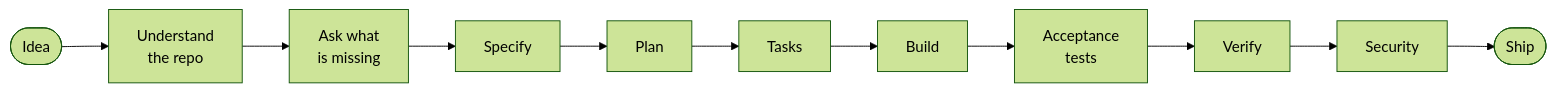
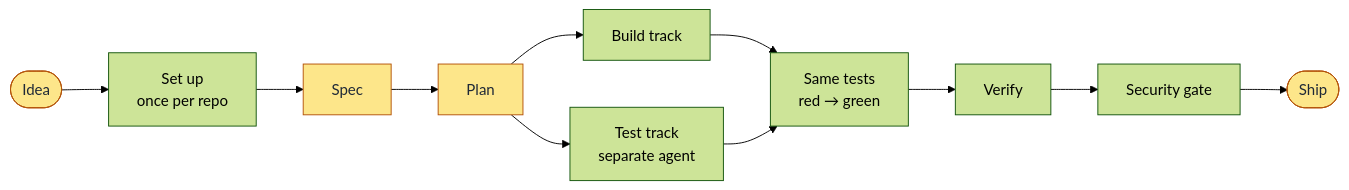
One commit to ashishmohanty-99/spec-driven-development changed the diagram in README.md. Above: the diagram before and after it, drawn with Mermaid (forest theme). The commit also changed other lines of this file and 10 other files, not shown here.

````diff
--- a/README.md
+++ b/README.md
@@ -5,5 +5,12 @@
 ```mermaid
 flowchart LR
-    A([Idea]) --> U[Understand<br/>the repo] --> Q[Ask what<br/>is missing] --> S[Specify] --> P[Plan] --> T[Tasks]
-    T --> B[Build] --> E[Acceptance<br/>tests] --> V[Verify] --> X[Security] --> L([Ship])
+    I([Idea]) --> SU[Set up<br/>once per repo]
+    SU --> SP[Spec] --> PL[Plan]
+    PL --> BT[Build track]
+    PL --> TT[Test track<br/>separate agent]
+    BT --> J[Same tests<br/>red → green]
+    TT --> J
+    J --> V[Verify] --> SE[Security gate] --> SH([Ship])
+    classDef human fill:#fde68a,stroke:#b45309,color:#1f2937
+    class I,SP,PL,SH human
 ```
````
